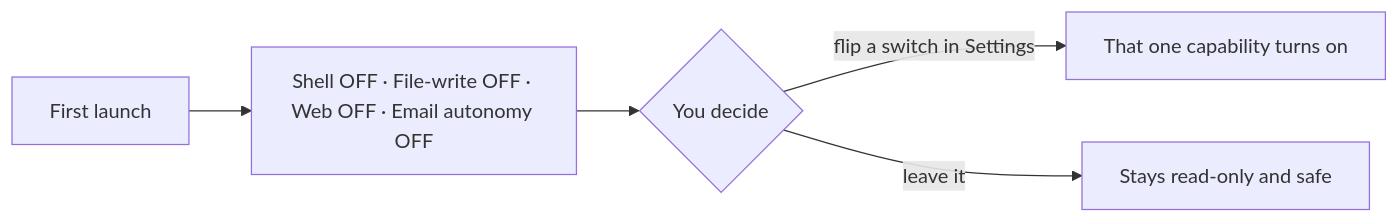
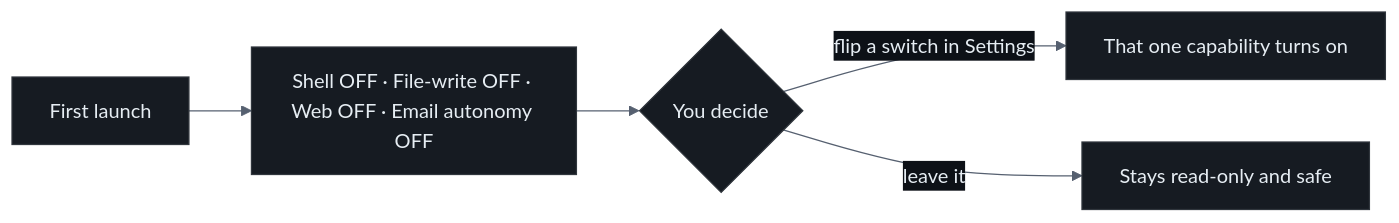
One commit to devclone20/cloneframe_app_executable changed the sixth of 6 diagrams in docs/INSTALL.md. Above: the diagram before and after it, drawn with Mermaid. The commit also changed other lines of this file and 16 other files, not shown here.

First line of the commit message:
docs(visuals): hand-crafted SVG diagrams + one harmonized mermaid theme

````diff
--- a/docs/INSTALL.md
+++ b/docs/INSTALL.md
@@ -286,7 +291,8 @@
 ```mermaid
+%%{init: {'theme':'base','themeVariables':{'background':'#0d1117','mainBkg':'#161b22','primaryColor':'#161b22','primaryBorderColor':'#ff3b30','primaryTextColor':'#e6edf3','nodeBorder':'#30363d','nodeTextColor':'#e6edf3','lineColor':'#566070','secondaryColor':'#161b22','tertiaryColor':'#0d1117','clusterBkg':'#10151c','clusterBorder':'#30363d','titleColor':'#e6edf3','edgeLabelBackground':'#0d1117','fontFamily':'ui-monospace, SFMono-Regular, Menlo, monospace','actorBkg':'#161b22','actorBorder':'#ff3b30','actorTextColor':'#e6edf3','signalColor':'#8b949e','signalTextColor':'#c9d1d9','labelBoxBkgColor':'#161b22','labelBoxBorderColor':'#30363d','labelTextColor':'#e6edf3','loopTextColor':'#e6edf3','noteBkgColor':'#1c2028','noteBorderColor':'#e8b86d','noteTextColor':'#c9d1d9','activationBkgColor':'#30363d','activationBorderColor':'#8b949e','sequenceNumberColor':'#0d1117'}}}%%
 flowchart LR
   Start["First launch"] --> Off["Shell OFF · File-write OFF · Web OFF · Email autonomy OFF"]
   Off --> You{"You decide"}
   You -->|"flip a switch in Settings"| On["That one capability turns on"]
   You -->|"leave it"| Safe["Stays read-only and safe"]
 ```
````
